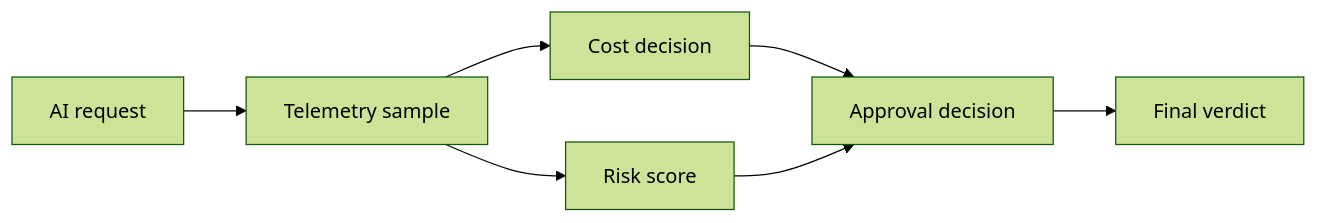
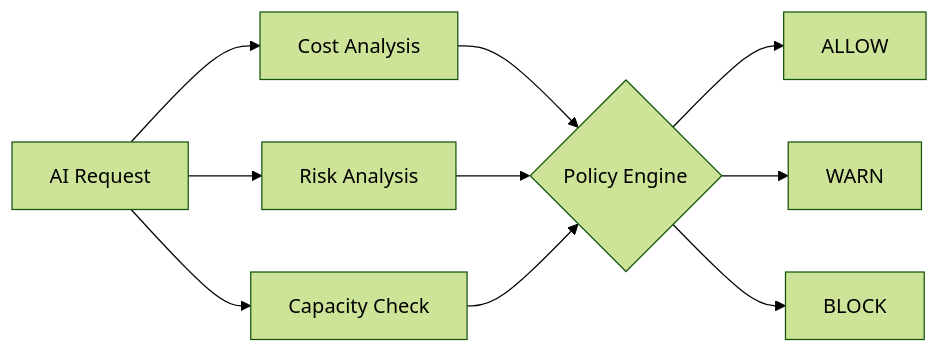
The second of 3 diagrams in docs/platform-architecture.md (justrunme/ai-infra-control-plane), drawn with Mermaid (forest theme) before and after one commit. The commit also changed other lines of this file and 8 other files, not shown here.

Commit message:
docs: replace static diagrams with Mermaid flows

````diff
--- a/docs/platform-architecture.md
+++ b/docs/platform-architecture.md
@@ -110,9 +110,21 @@
 ```mermaid
 flowchart LR
-  Request["AI request"] --> Telemetry["Telemetry sample"]
-  Telemetry --> Cost["Cost decision"]
-  Telemetry --> Risk["Risk score"]
-  Cost --> Approval["Approval decision"]
-  Risk --> Approval
-  Approval --> Verdict["Final verdict"]
+    Request["AI Request"]
+    Cost["Cost Analysis"]
+    Risk["Risk Analysis"]
+    Capacity["Capacity Check"]
+    Decision{"Policy Engine"}
+    Allow["ALLOW"]
+    Warn["WARN"]
+    Block["BLOCK"]
+
+    Request --> Cost
+    Request --> Risk
+    Request --> Capacity
+    Cost --> Decision
+    Risk --> Decision
+    Capacity --> Decision
+    Decision --> Allow
+    Decision --> Warn
+    Decision --> Block
 ```
````
